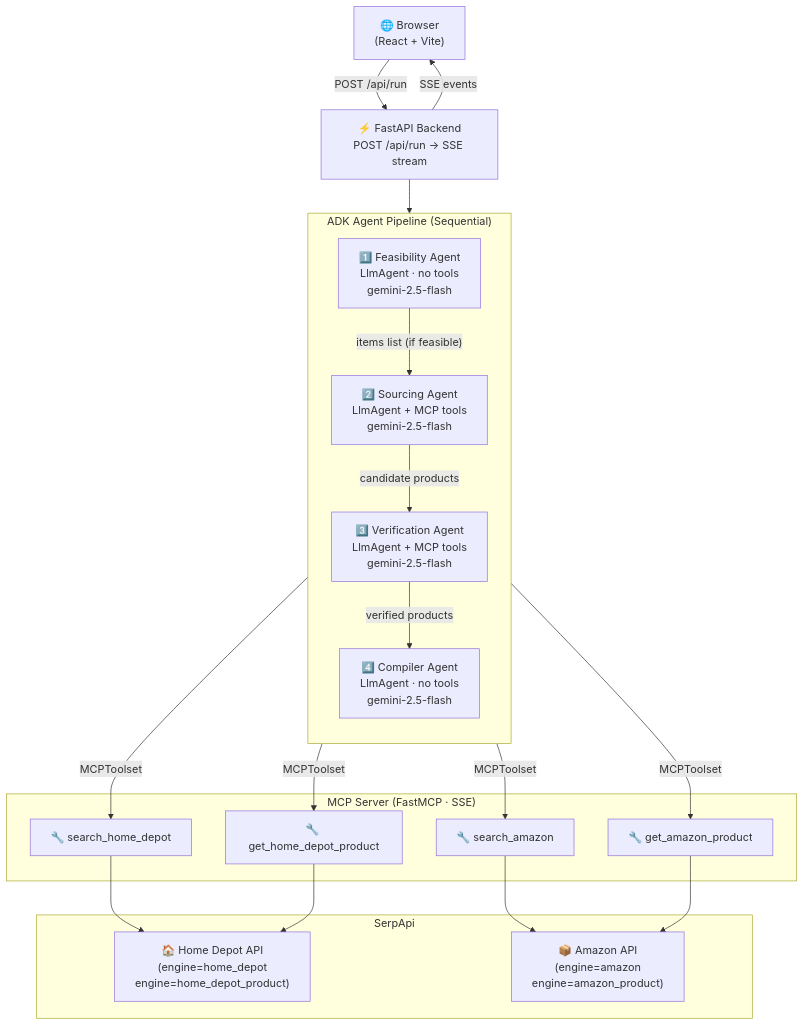
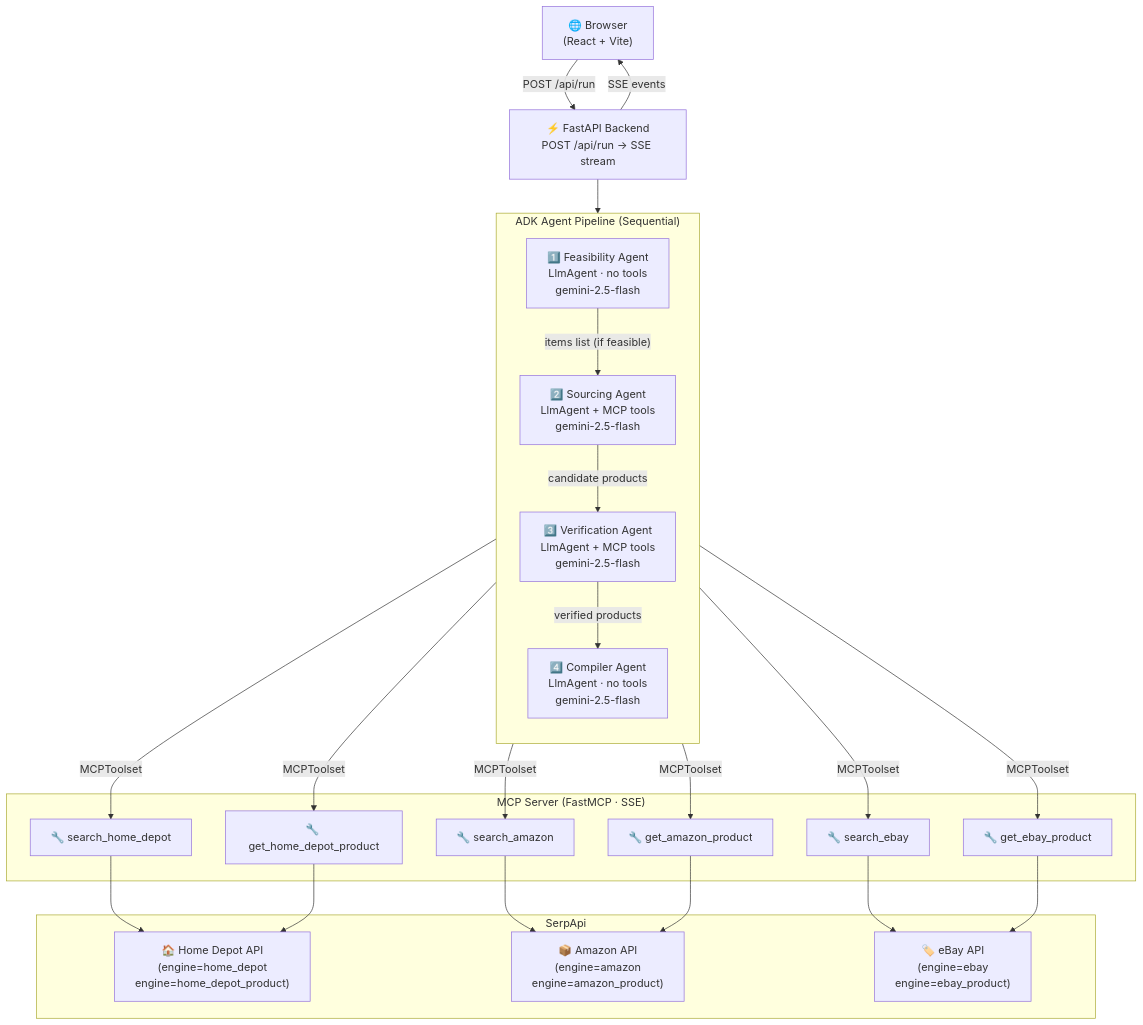
The diagram in README.md (VaibhavR2009/PartFinder), drawn with Mermaid before and after one commit.

Commit message:
Update Mermaid architecture chart to include eBay

````diff
--- a/README.md
+++ b/README.md
@@ -51,43 +51,50 @@
 ```mermaid
 graph TD
     Browser["🌐 Browser\n(React + Vite)"]
     API["⚡ FastAPI Backend\nPOST /api/run → SSE stream"]
     
     Browser -- "POST /api/run" --> API
     API -- "SSE events" --> Browser
     
     subgraph "ADK Agent Pipeline (Sequential)"
         direction TB
         FA["1️⃣ Feasibility Agent\nLlmAgent · no tools\ngemini-2.5-flash"]
         SA["2️⃣ Sourcing Agent\nLlmAgent + MCP tools\ngemini-2.5-flash"]
         VA["3️⃣ Verification Agent\nLlmAgent + MCP tools\ngemini-2.5-flash"]
         CA["4️⃣ Compiler Agent\nLlmAgent · no tools\ngemini-2.5-flash"]
         FA -- "items list (if feasible)" --> SA
         SA -- "candidate products" --> VA
         VA -- "verified products" --> CA
     end
 
     API --> FA
 
     subgraph "MCP Server (FastMCP · SSE)"
         T1["🔧 search_home_depot"]
         T2["🔧 get_home_depot_product"]
         T3["🔧 search_amazon"]
         T4["🔧 get_amazon_product"]
+        T5["🔧 search_ebay"]
+        T6["🔧 get_ebay_product"]
     end
 
     SA -- "MCPToolset" --> T1
     VA -- "MCPToolset" --> T2
     VA -- "MCPToolset" --> T3
     VA -- "MCPToolset" --> T4
+    VA -- "MCPToolset" --> T5
+    VA -- "MCPToolset" --> T6
 
     subgraph "SerpApi"
         HD["🏠 Home Depot API\n(engine=home_depot\nengine=home_depot_product)"]
         AZ["📦 Amazon API\n(engine=amazon\nengine=amazon_product)"]
+        EB["🏷️ eBay API\n(engine=ebay\nengine=ebay_product)"]
     end
 
     T1 --> HD
     T2 --> HD
     T3 --> AZ
     T4 --> AZ
+    T5 --> EB
+    T6 --> EB
 ```
````
